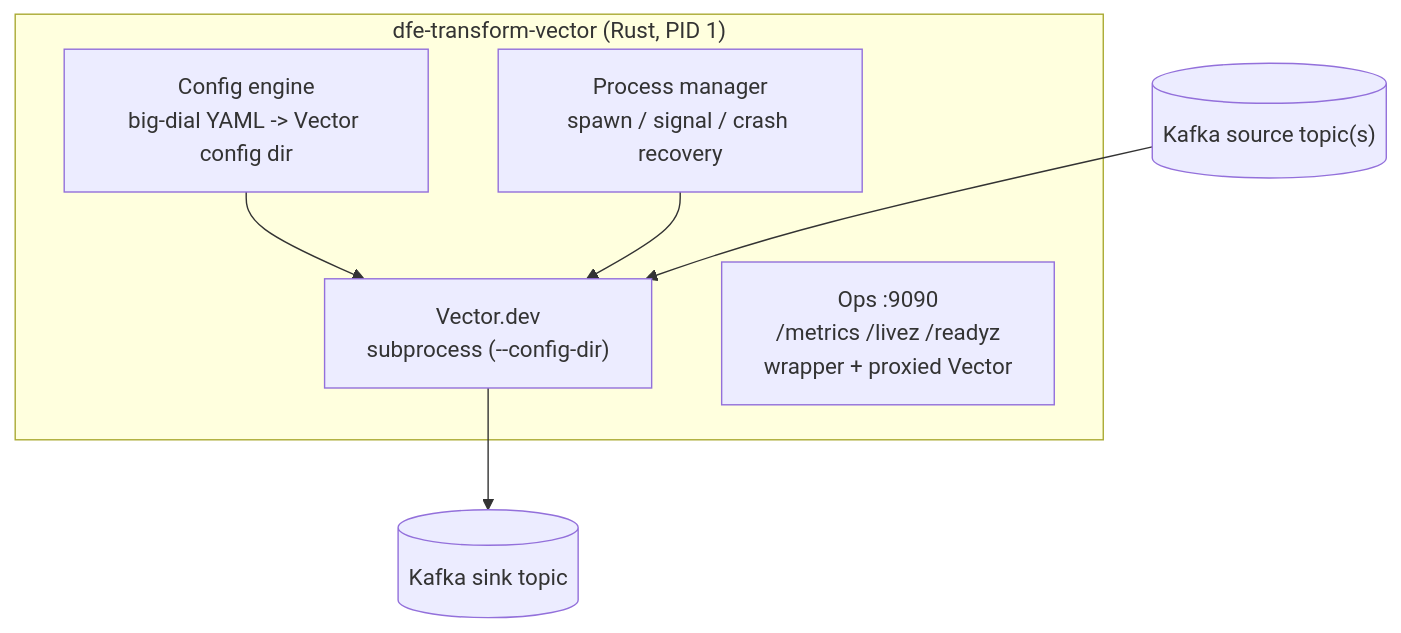
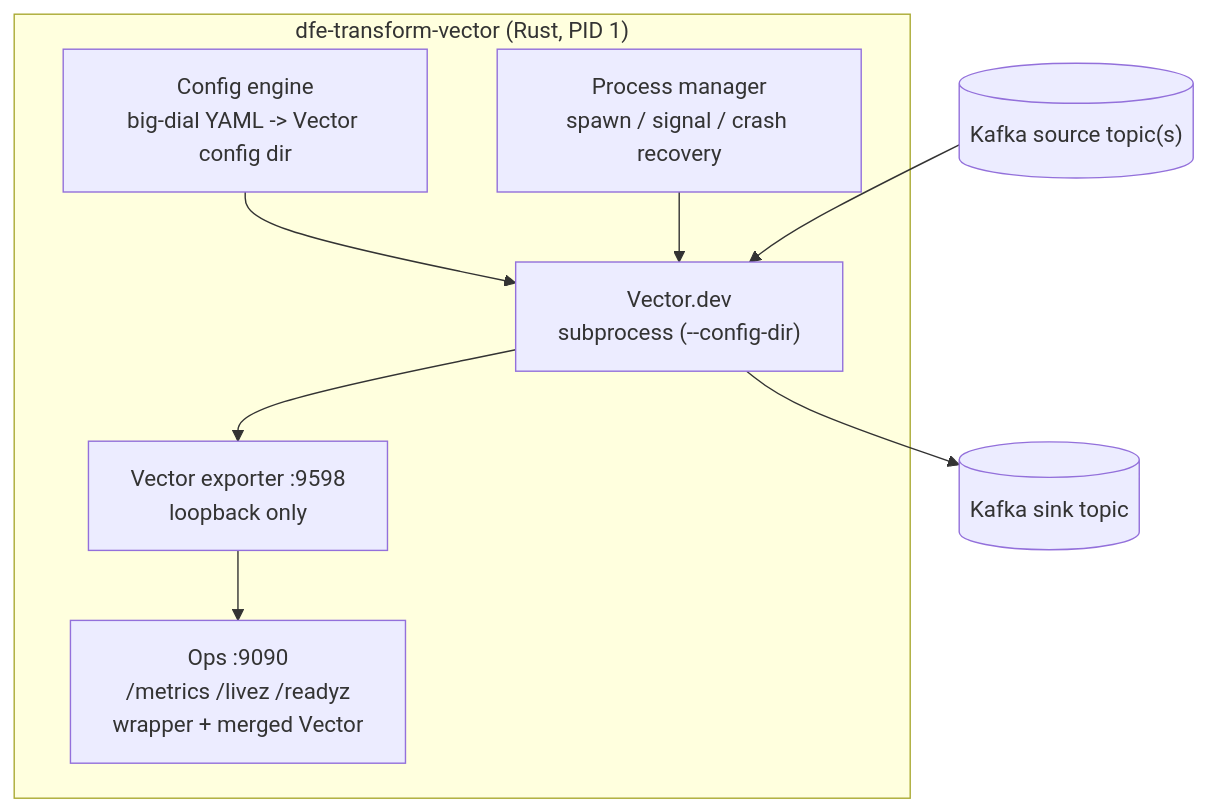
The diagram in README.md (hyperi-io/dfe-transform-vector), drawn with Mermaid before and after one commit. The commit also changed other lines of this file and 18 other files, not shown here.

````diff
--- a/README.md
+++ b/README.md
@@ -10,14 +10,16 @@
 ```mermaid
 flowchart TB
     SRC[("Kafka source topic(s)")]
     SINK[("Kafka sink topic")]
     subgraph W["dfe-transform-vector (Rust, PID 1)"]
         CE["Config engine<br/>big-dial YAML -> Vector config dir"]
         PM["Process manager<br/>spawn / signal / crash recovery"]
         VEC["Vector.dev<br/>subprocess (--config-dir)"]
-        OPS["Ops :9090<br/>/metrics /livez /readyz<br/>wrapper + proxied Vector"]
+        OPS["Ops :9090<br/>/metrics /livez /readyz<br/>wrapper + merged Vector"]
+        EXP["Vector exporter :9598<br/>loopback only"]
+        VEC --> EXP --> OPS
         CE --> VEC
         PM --> VEC
     end
     SRC --> VEC --> SINK
 ```
````
